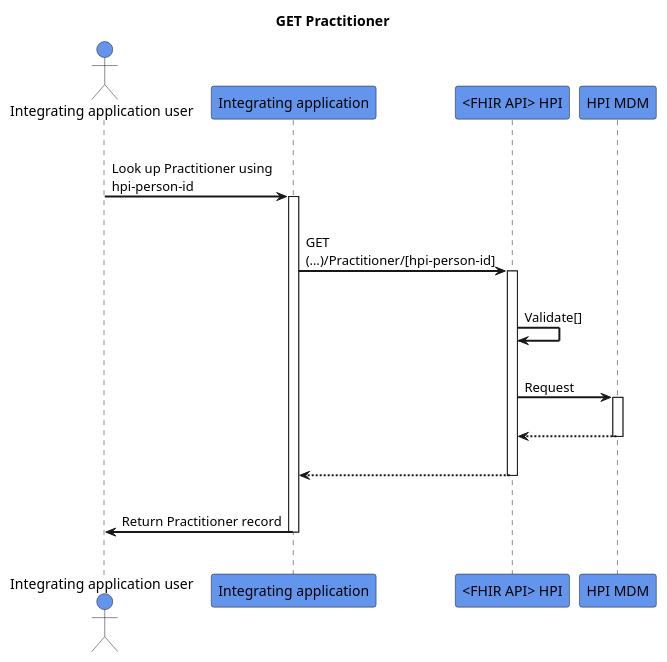
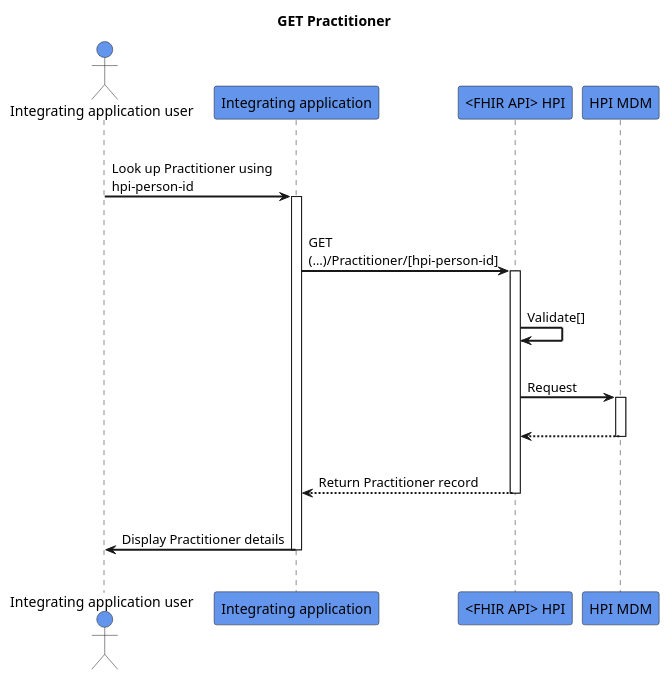
Before and after one commit to HL7NZ/hpi: the diagram in input/images-source/get-practitioner.plantuml, drawn with PlantUML.

```diff
--- a/input/images-source/get-practitioner.plantuml
+++ b/input/images-source/get-practitioner.plantuml
@@ -1,33 +1,33 @@
 @startuml
 skinparam sequenceArrowThickness 2
 skinparam roundcorner 5
 skinparam maxmessagesize 180
 skinparam sequenceParticipant bold
 title GET Practitioner
 actor "Integrating application user" as User #CornflowerBlue
 participant "Integrating application" as A #CornflowerBlue
 participant "<FHIR API> HPI" as B #CornflowerBlue
 participant "HPI MDM" as C #CornflowerBlue
 |||
 User -> A: Look up Practitioner using hpi-person-id
 activate A
 |||
 A -> B: GET (…)/Practitioner/[hpi-person-id]
 activate B
 |||
 B -> B: Validate[]
 |||
 B -> C: Request
 activate C
 |||
 
 C -[dashed]-> B:  
 deactivate C
 |||
-B -[dashed]-> A:
+B -[dashed]-> A:Return Practitioner record
 deactivate B
 |||
-A -> User: Return Practitioner record
+A -> User: Display Practitioner details
 deactivate A
 |||
 @enduml
```
